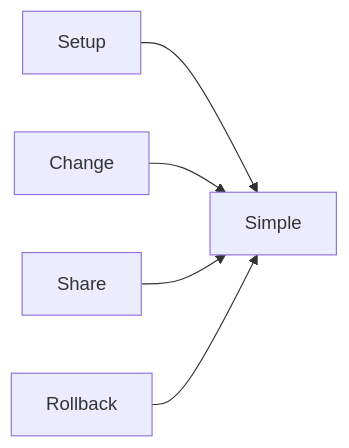
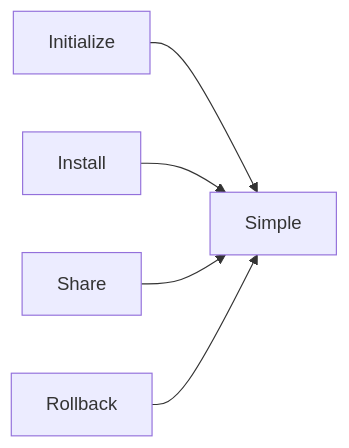
Before and after one commit to jbayer/flox-concepts: the fourth of 4 diagrams in principles.md, drawn with Mermaid. The commit also changed other lines of this file, not shown here.

Commit message:
Update terminology for clarity in principles.md

````diff
--- a/principles.md
+++ b/principles.md
@@ -51,8 +51,8 @@
 ```mermaid
 flowchart LR
-    Setup --> Easy
-    Change --> Easy
+    Initialize --> Easy
+    Install --> Easy
     Share --> Easy
     Rollback --> Easy
     Easy[Simple]
 ```
````
